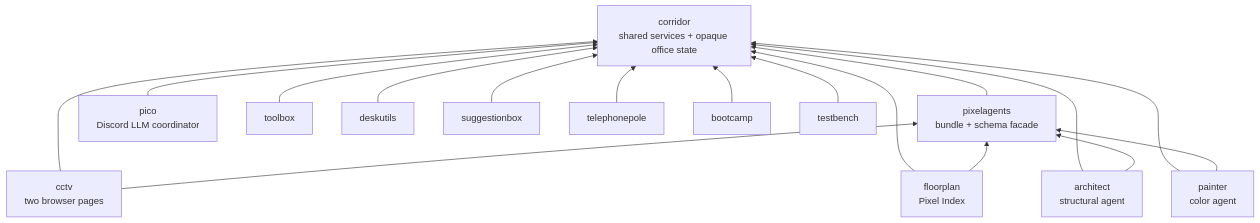
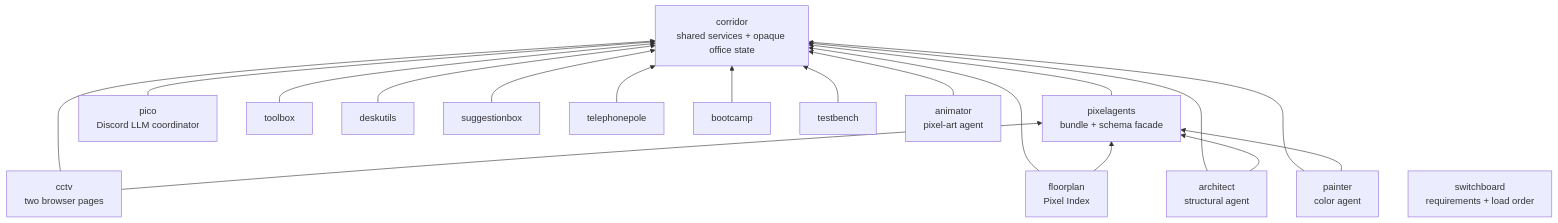
Before and after one commit to pixel-agents-hq/pixel-agents-cogs: the first of 3 diagrams in docs/architecture.md, drawn with Mermaid. The commit also changed other lines of this file and 40 other files, not shown here.

First line of the commit message:
feat(switchboard): install addpath cogs' requirements and load cogs in dependency order (#102)

````diff
--- a/docs/architecture.md
+++ b/docs/architecture.md
@@ -12,33 +12,36 @@
 ```mermaid
 flowchart BT
     Corridor["corridor<br/>shared services + opaque office state"]
     Pixelagents["pixelagents<br/>bundle + schema facade"]
     CCTV["cctv<br/>two browser pages"]
     Floorplan["floorplan<br/>Pixel Index"]
     Architect["architect<br/>structural agent"]
     Painter["painter<br/>color agent"]
     Pico["pico<br/>Discord LLM coordinator"]
     Toolbox["toolbox"]
     Deskutils["deskutils"]
     Suggestionbox["suggestionbox"]
     Telephonepole["telephonepole"]
     Bootcamp["bootcamp"]
     Testbench["testbench"]
+    Animator["animator<br/>pixel-art agent"]
+    Switchboard["switchboard<br/>requirements + load order"]
 
     Pixelagents --> Corridor
     CCTV --> Corridor
     CCTV --> Pixelagents
     Floorplan --> Corridor
     Floorplan --> Pixelagents
     Architect --> Corridor
     Architect --> Pixelagents
     Painter --> Corridor
     Painter --> Pixelagents
     Pico --> Corridor
     Toolbox --> Corridor
     Deskutils --> Corridor
     Suggestionbox --> Corridor
     Telephonepole --> Corridor
     Bootcamp --> Corridor
     Testbench --> Corridor
+    Animator --> Corridor
 ```
````
